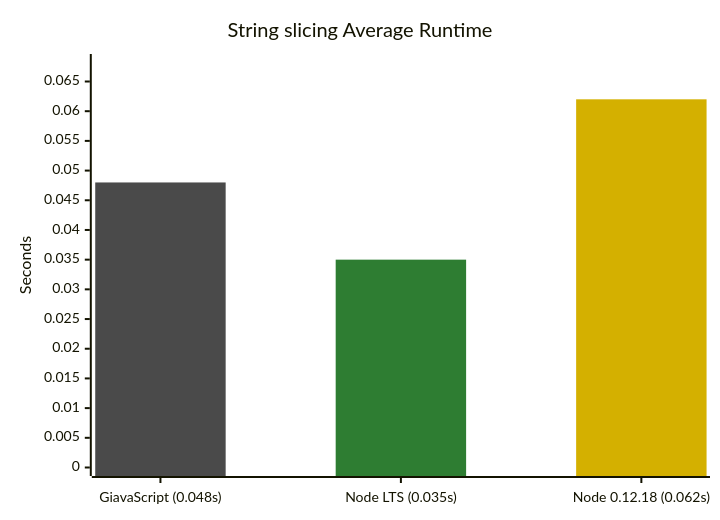
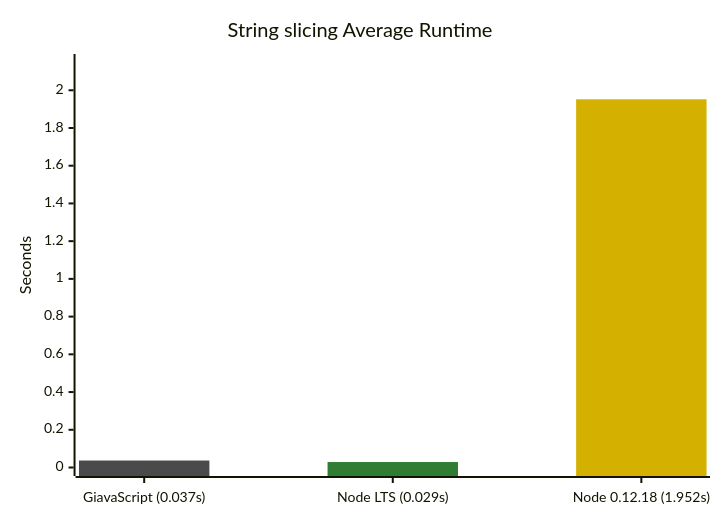
Before and after one commit to GiavaScript/GiavaScript: the fourth of 5 diagrams in README.md, drawn with Mermaid. The commit also changed other lines of this file and 2 other files, not shown here.

````diff
--- a/README.md
+++ b/README.md
@@ -115,10 +115,10 @@
 ```mermaid
 %%{init: {"themeVariables": {"xyChart": {"plotColorPalette": "#4a4a4a, #2e7d32, #d4b000"}}}}%%
 xychart-beta
     title "String slicing Average Runtime"
-    x-axis ["GiavaScript (0.048s)", "Node LTS (0.035s)", "Node 0.12.18 (0.062s)"]
-    y-axis "Seconds" 0 --> 0.0682
-    bar [0.048, -1, -1]
-    bar [-1, 0.035, -1]
-    bar [-1, -1, 0.062]
+    x-axis ["GiavaScript (0.037s)", "Node LTS (0.029s)", "Node 0.12.18 (1.952s)"]
+    y-axis "Seconds" 0 --> 2.1472
+    bar [0.037, -1, -1]
+    bar [-1, 0.029, -1]
+    bar [-1, -1, 1.952]
 ```
````
